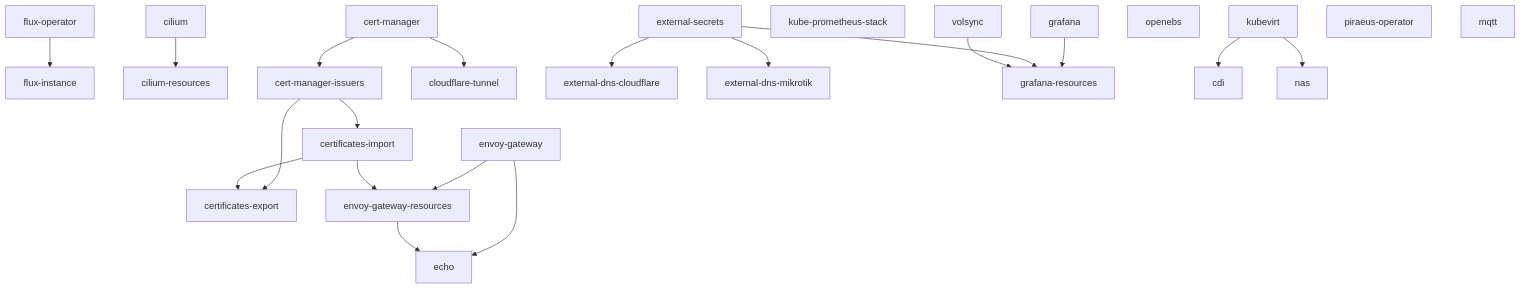
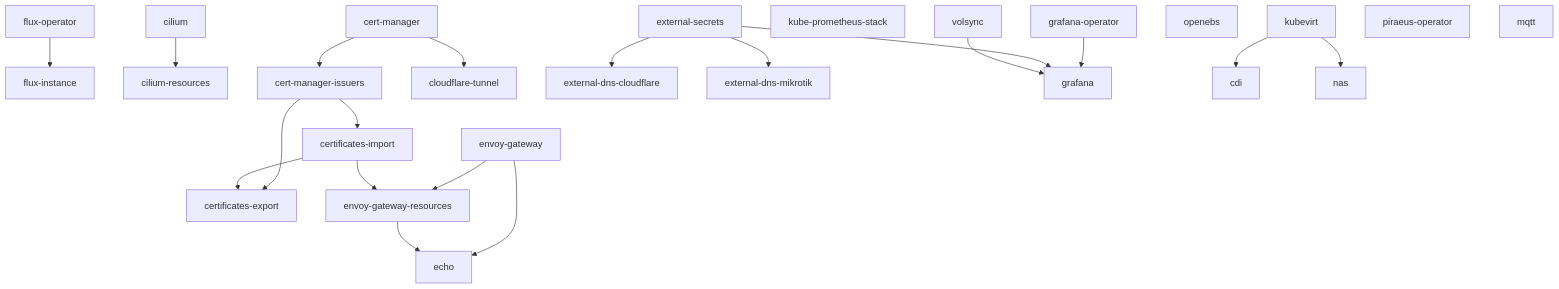
Before and after one commit to kid/home-ops: the diagram in docs/app-dependencies.md, drawn with Mermaid. The commit also changed 12 other files, not shown here.

````diff
--- a/docs/app-dependencies.md
+++ b/docs/app-dependencies.md
@@ -5,48 +5,48 @@
 ```mermaid
 graph TD
 
   flux_operator["flux-operator"]
   flux_instance["flux-instance"]
   cilium["cilium"]
   cilium_resources["cilium-resources"]
   external_secrets["external-secrets"]
   cert_manager["cert-manager"]
   cert_manager_issuers["cert-manager-issuers"]
   certificates_import["certificates-import"]
   certificates_export["certificates-export"]
   envoy_gateway["envoy-gateway"]
   envoy_gateway_resources["envoy-gateway-resources"]
   cloudflare_tunnel["cloudflare-tunnel"]
   external_dns_cf["external-dns-cloudflare"]
   external_dns_mikrotik["external-dns-mikrotik"]
   echo["echo"]
   kube_prometheus_stack["kube-prometheus-stack"]
+  grafana_operator["grafana-operator"]
   grafana["grafana"]
-  grafana_resources["grafana-resources"]
   kubevirt["kubevirt"]
   cdi["cdi"]
   openebs["openebs"]
   volsync["volsync"]
   piraeus_operator["piraeus-operator"]
   nas["nas"]
   mqtt["mqtt"]
 
   flux_operator --> flux_instance
   cilium --> cilium_resources
   cert_manager --> cert_manager_issuers
   cert_manager --> cloudflare_tunnel
   cert_manager_issuers --> certificates_import
   cert_manager_issuers --> certificates_export
   certificates_import --> certificates_export
   envoy_gateway --> envoy_gateway_resources
   certificates_import --> envoy_gateway_resources
   envoy_gateway --> echo
   envoy_gateway_resources --> echo
-  grafana --> grafana_resources
+  grafana_operator --> grafana
   kubevirt --> cdi
   kubevirt --> nas
   external_secrets --> external_dns_cf
   external_secrets --> external_dns_mikrotik
-  external_secrets --> grafana_resources
-  volsync --> grafana_resources
+  external_secrets --> grafana
+  volsync --> grafana
 ```
````
